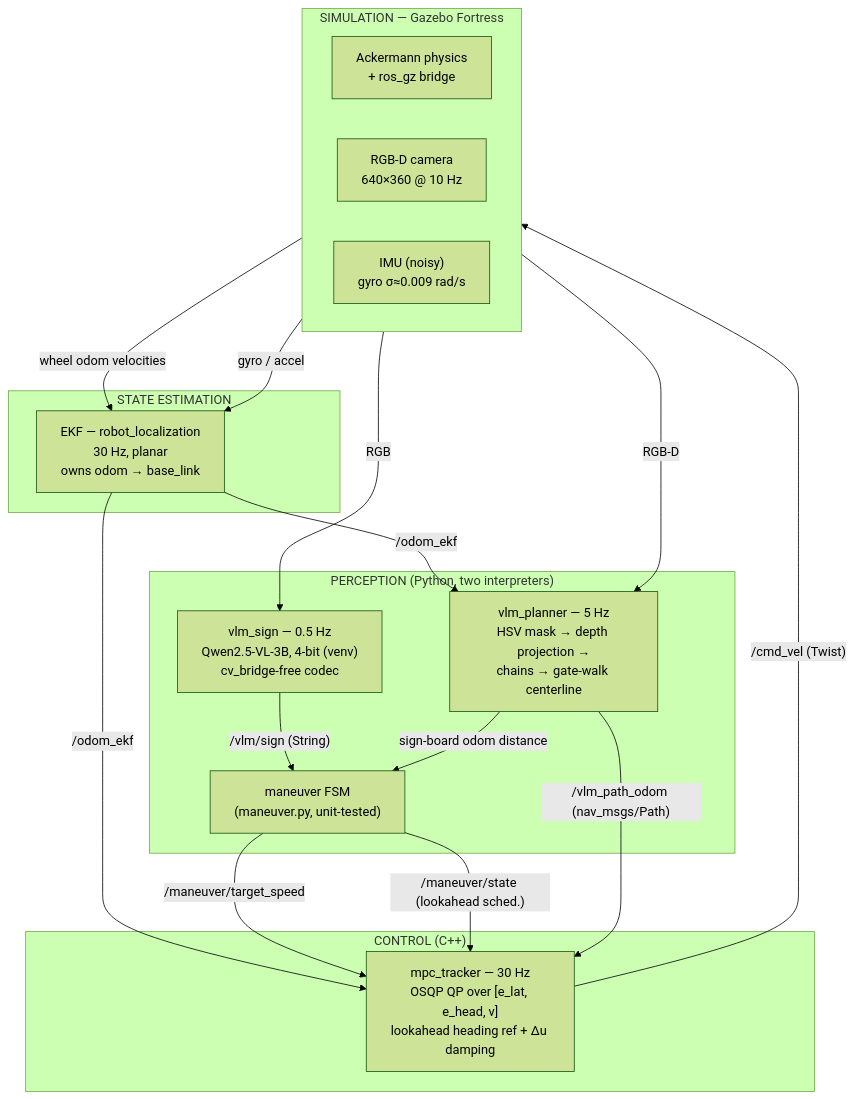
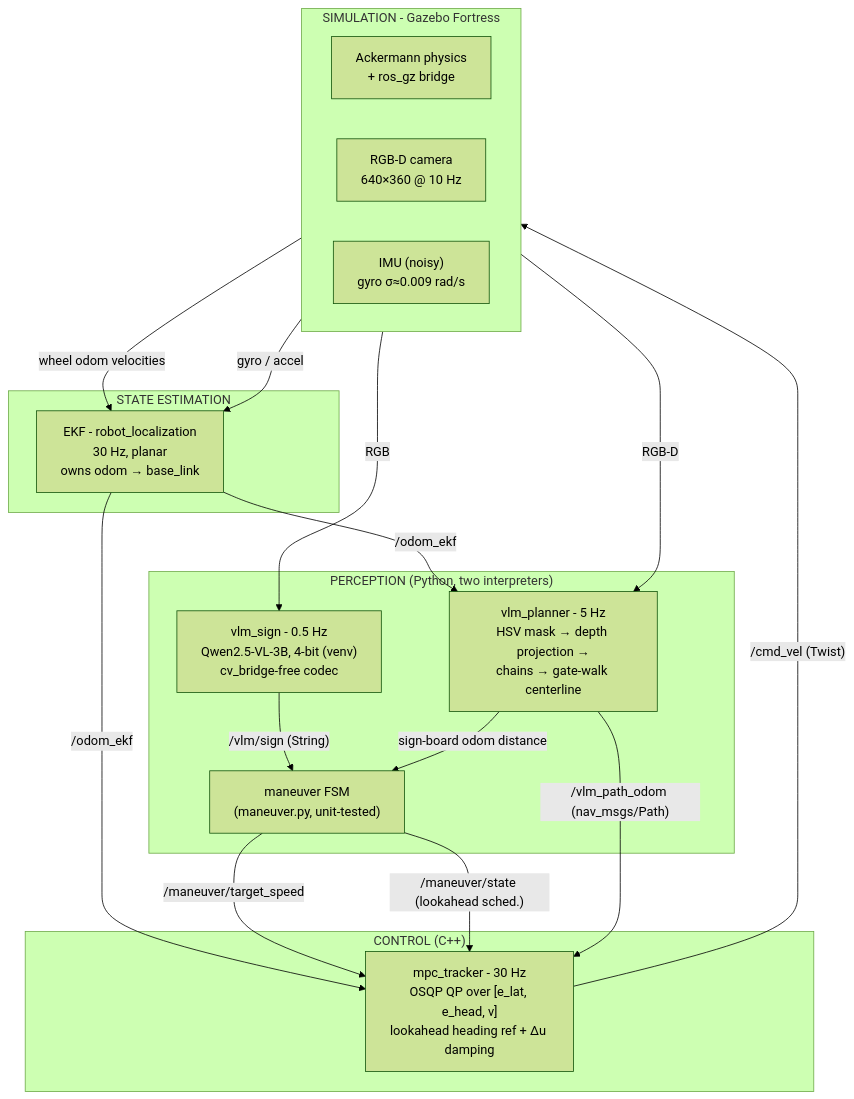
The diagram in docs/technical_report.md (kfan12/vlm_robot_public), drawn with Mermaid (forest theme) before and after one commit. The commit also changed other lines of this file and 4 other files, not shown here.

````diff
--- a/docs/technical_report.md
+++ b/docs/technical_report.md
@@ -57,39 +76,39 @@
 ```mermaid
 flowchart TB
-    subgraph SIM["SIMULATION — Gazebo Fortress"]
+    subgraph SIM["SIMULATION - Gazebo Fortress"]
         direction LR
         GZ["Ackermann physics<br/>+ ros_gz bridge"]
         CAM["RGB-D camera<br/>640×360 @ 10 Hz"]
         IMU["IMU (noisy)<br/>gyro σ≈0.009 rad/s"]
     end
 
     subgraph EST["STATE ESTIMATION"]
-        EKF["EKF — robot_localization<br/>30 Hz, planar<br/>owns odom → base_link"]
+        EKF["EKF - robot_localization<br/>30 Hz, planar<br/>owns odom → base_link"]
     end
 
     subgraph PERC["PERCEPTION (Python, two interpreters)"]
-        LANE["vlm_planner — 5 Hz<br/>HSV mask → depth projection →<br/>chains → gate-walk centerline"]
+        LANE["vlm_planner - 5 Hz<br/>HSV mask → depth projection →<br/>chains → gate-walk centerline"]
         FSM["maneuver FSM<br/>(maneuver.py, unit-tested)"]
-        SIGN["vlm_sign — 0.5 Hz<br/>Qwen2.5-VL-3B, 4-bit (venv)<br/>cv_bridge-free codec"]
+        SIGN["vlm_sign - 0.5 Hz<br/>Qwen2.5-VL-3B, 4-bit (venv)<br/>cv_bridge-free codec"]
     end
 
     subgraph CTRL["CONTROL (C++)"]
-        MPC["mpc_tracker — 30 Hz<br/>OSQP QP over [e_lat, e_head, v]<br/>lookahead heading ref + Δu damping"]
+        MPC["mpc_tracker - 30 Hz<br/>OSQP QP over [e_lat, e_head, v]<br/>lookahead heading ref + Δu damping"]
     end
 
     CAM -- "RGB-D" --> LANE
     CAM -- "RGB" --> SIGN
     GZ -- "wheel odom velocities" --> EKF
     IMU -- "gyro / accel" --> EKF
 
     EKF -- "/odom_ekf" --> LANE
     EKF -- "/odom_ekf" --> MPC
 
     SIGN -- "/vlm/sign (String)" --> FSM
     LANE -- "sign-board odom distance" --> FSM
     FSM -- "/maneuver/target_speed" --> MPC
     FSM -- "/maneuver/state (lookahead sched.)" --> MPC
     LANE -- "/vlm_path_odom (nav_msgs/Path)" --> MPC
 
     MPC -- "/cmd_vel (Twist)" --> GZ
 ```
````
